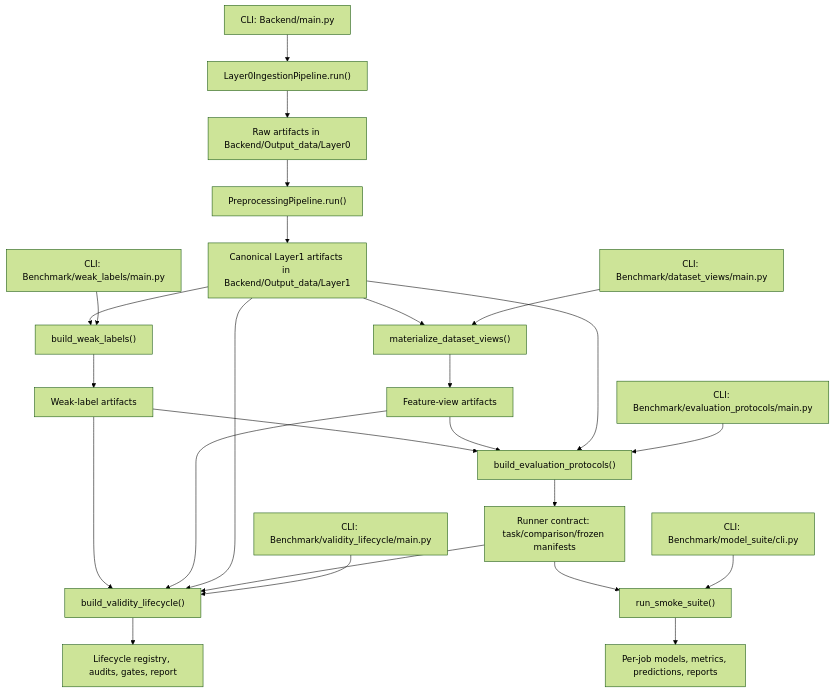
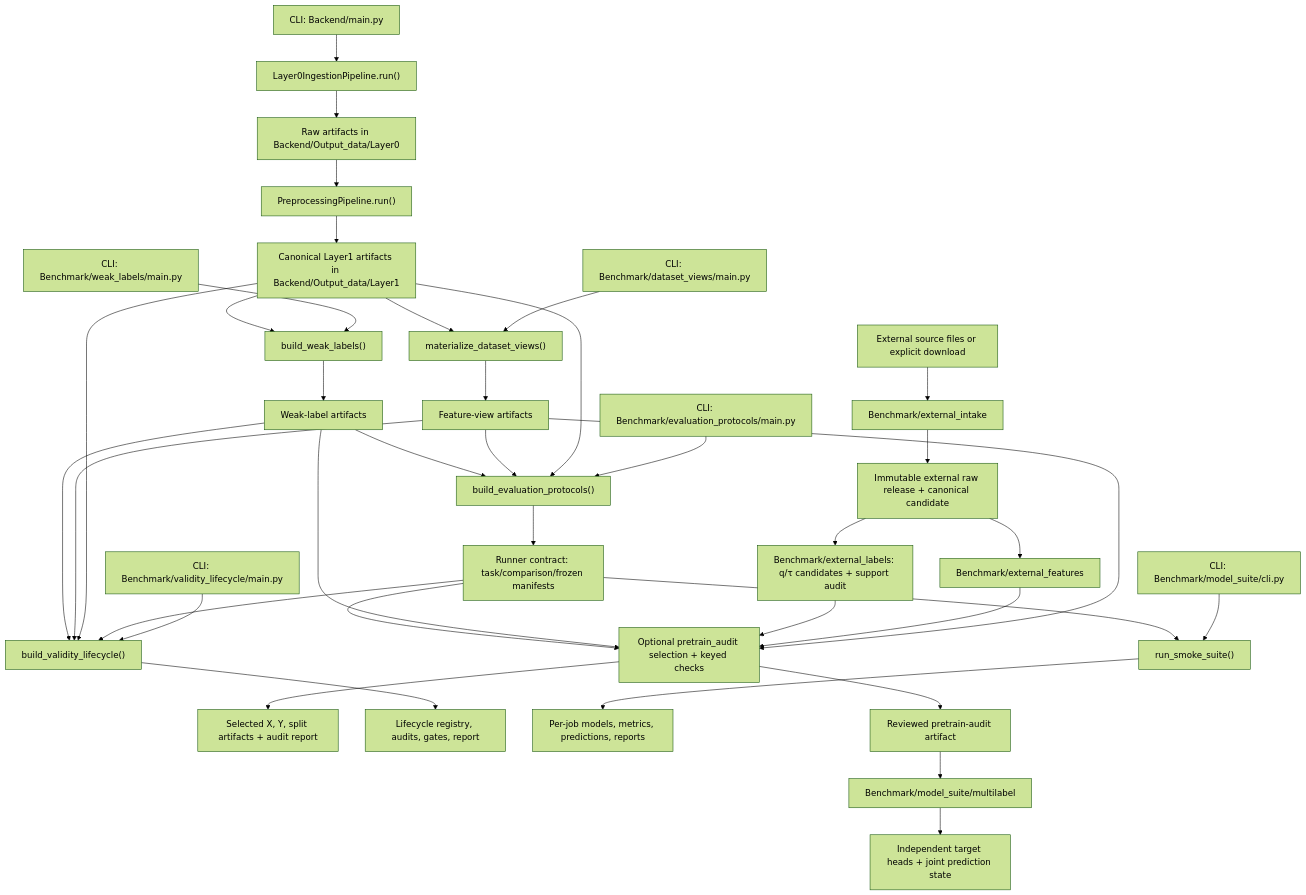
The first of 3 diagrams in Backend/PIPELINE_FLOW.md (lawnguyenit/AgriFusion-IoT), drawn with Mermaid (forest theme) before and after one commit. The commit also changed other lines of this file and 88 other files, not shown here.

````diff
--- a/Backend/PIPELINE_FLOW.md
+++ b/Backend/PIPELINE_FLOW.md
@@ -20,32 +20,47 @@
 ```mermaid
 flowchart TD
     A["CLI: Backend/main.py"] --> B["Layer0IngestionPipeline.run()"]
     B --> C["Raw artifacts in Backend/Output_data/Layer0"]
     C --> D["PreprocessingPipeline.run()"]
     D --> E["Canonical Layer1 artifacts in Backend/Output_data/Layer1"]
 
     F["CLI: Benchmark/dataset_views/main.py"] --> G["materialize_dataset_views()"]
     E --> G
     G --> H["Feature-view artifacts"]
+    H --> U["Optional pretrain_audit selection + keyed checks"]
+
+    X["External source files or explicit download"] --> Y["Benchmark/external_intake"]
+    Y --> Z["Immutable external raw release + canonical candidate"]
+    Z --> W["Benchmark/external_features"]
+    Z --> WL["Benchmark/external_labels: q/τ candidates + support audit"]
+    W --> U
+    WL --> U
 
     I["CLI: Benchmark/weak_labels/main.py"] --> J["build_weak_labels()"]
     E --> J
     J --> K["Weak-label artifacts"]
+    K --> U
 
     L["CLI: Benchmark/evaluation_protocols/main.py"] --> M["build_evaluation_protocols()"]
     E --> M
     H --> M
     K --> M
     M --> N["Runner contract: task/comparison/frozen manifests"]
+    N --> U
+    U --> V["Selected X, Y, split artifacts + audit report"]
 
     R["CLI: Benchmark/validity_lifecycle/main.py"] --> S["build_validity_lifecycle()"]
     N --> S
     E --> S
     H --> S
     K --> S
     S --> T["Lifecycle registry, audits, gates, report"]
 
     O["CLI: Benchmark/model_suite/cli.py"] --> P["run_smoke_suite()"]
     N --> P
     P --> Q["Per-job models, metrics, predictions, reports"]
+
+    U --> U2["Reviewed pretrain-audit artifact"]
+    U2 --> ML["Benchmark/model_suite/multilabel"]
+    ML --> ML2["Independent target heads + joint prediction state"]
 ```
````
